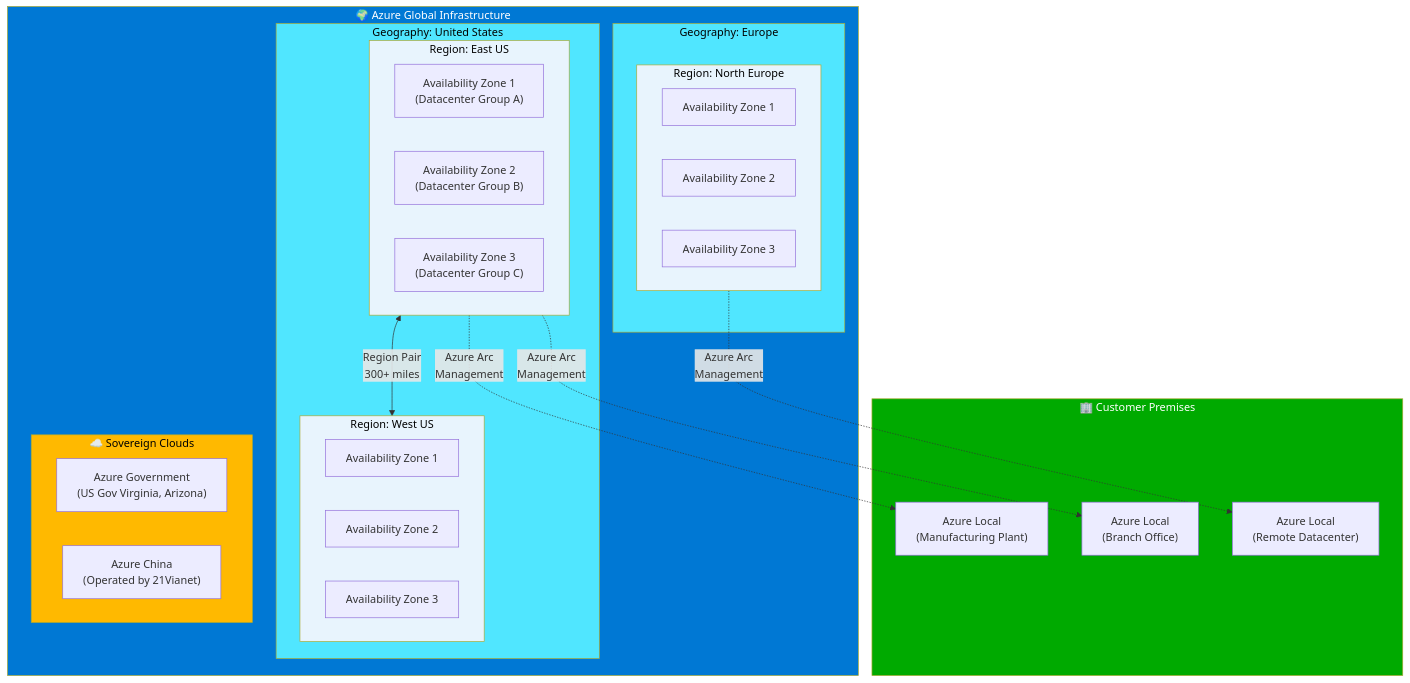
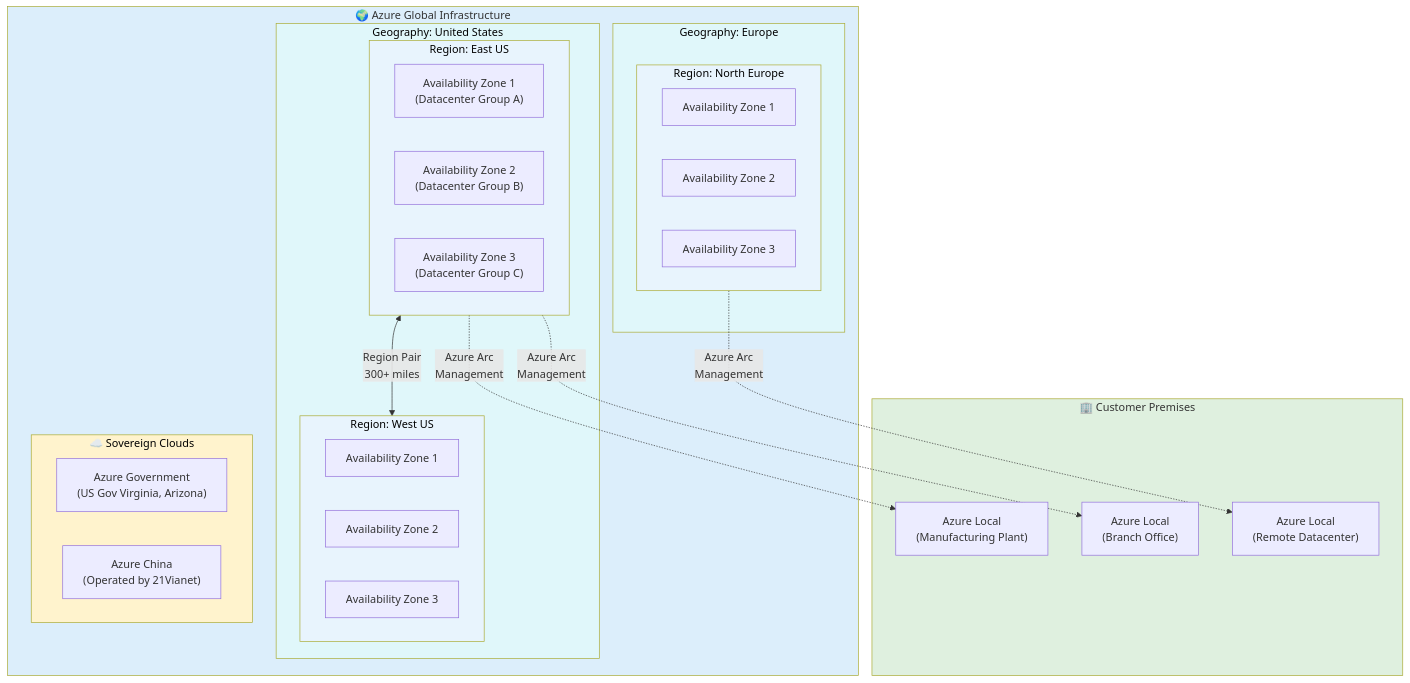
Before and after one commit to EmeaAppGbb/AzureHybridContinuumCookBook: the first of 2 diagrams in docs/02-azure-hybrid-infrastructure/01-azure-regions.md, drawn with Mermaid. The commit also changed other lines of this file and 28 other files, not shown here.

First line of the commit message:
Fix Mermaid diagram readability: use light pastel subgraph backgrounds

````diff
--- a/docs/02-azure-hybrid-infrastructure/01-azure-regions.md
+++ b/docs/02-azure-hybrid-infrastructure/01-azure-regions.md
@@ -224,51 +224,51 @@
 ```mermaid
 graph TD
     subgraph Global["🌍 Azure Global Infrastructure"]
         subgraph Geography1["Geography: United States"]
             subgraph Region1["Region: East US"]
                 AZ1["Availability Zone 1<br/>(Datacenter Group A)"]
                 AZ2["Availability Zone 2<br/>(Datacenter Group B)"]
                 AZ3["Availability Zone 3<br/>(Datacenter Group C)"]
             end
             subgraph Region2["Region: West US"]
                 AZ4["Availability Zone 1"]
                 AZ5["Availability Zone 2"]
                 AZ6["Availability Zone 3"]
             end
         end
         
         subgraph Geography2["Geography: Europe"]
             subgraph Region3["Region: North Europe"]
                 AZ7["Availability Zone 1"]
                 AZ8["Availability Zone 2"]
                 AZ9["Availability Zone 3"]
             end
         end
         
         subgraph Sovereign["☁️ Sovereign Clouds"]
             GovCloud["Azure Government<br/>(US Gov Virginia, Arizona)"]
             ChinaCloud["Azure China<br/>(Operated by 21Vianet)"]
         end
     end
     
     subgraph OnPrem["🏢 Customer Premises"]
         Local1["Azure Local<br/>(Manufacturing Plant)"]
         Local2["Azure Local<br/>(Branch Office)"]
         Local3["Azure Local<br/>(Remote Datacenter)"]
     end
     
     Region1 -.->|"Azure Arc<br/>Management"| Local1
     Region1 -.->|"Azure Arc<br/>Management"| Local2
     Region3 -.->|"Azure Arc<br/>Management"| Local3
     
     Region1 <-->|"Region Pair<br/>300+ miles"| Region2
     
-    style Global fill:#0078d4,color:#fff
-    style Geography1 fill:#50e6ff,color:#000
-    style Geography2 fill:#50e6ff,color:#000
-    style Sovereign fill:#ffb900,color:#000
-    style OnPrem fill:#00aa00,color:#fff
+    style Global fill:#dceefb
+    style Geography1 fill:#e0f7fa,color:#000
+    style Geography2 fill:#e0f7fa,color:#000
+    style Sovereign fill:#fff3cd,color:#000
+    style OnPrem fill:#dff0df
     style Region1 fill:#e8f4fd,color:#000
     style Region2 fill:#e8f4fd,color:#000
     style Region3 fill:#e8f4fd,color:#000
 ```
````
